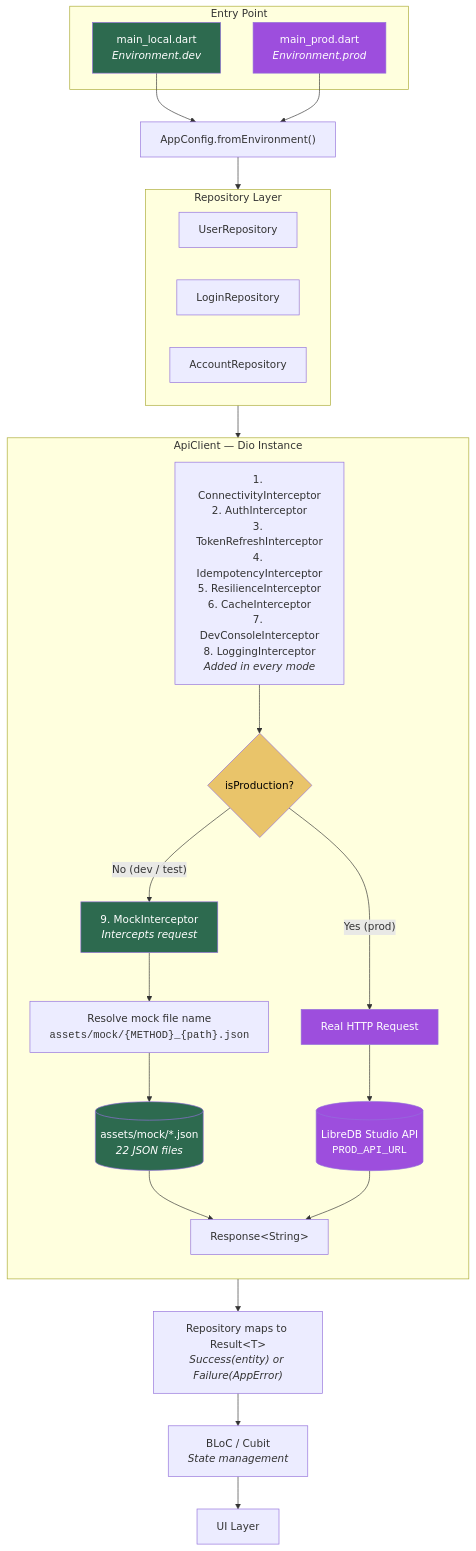
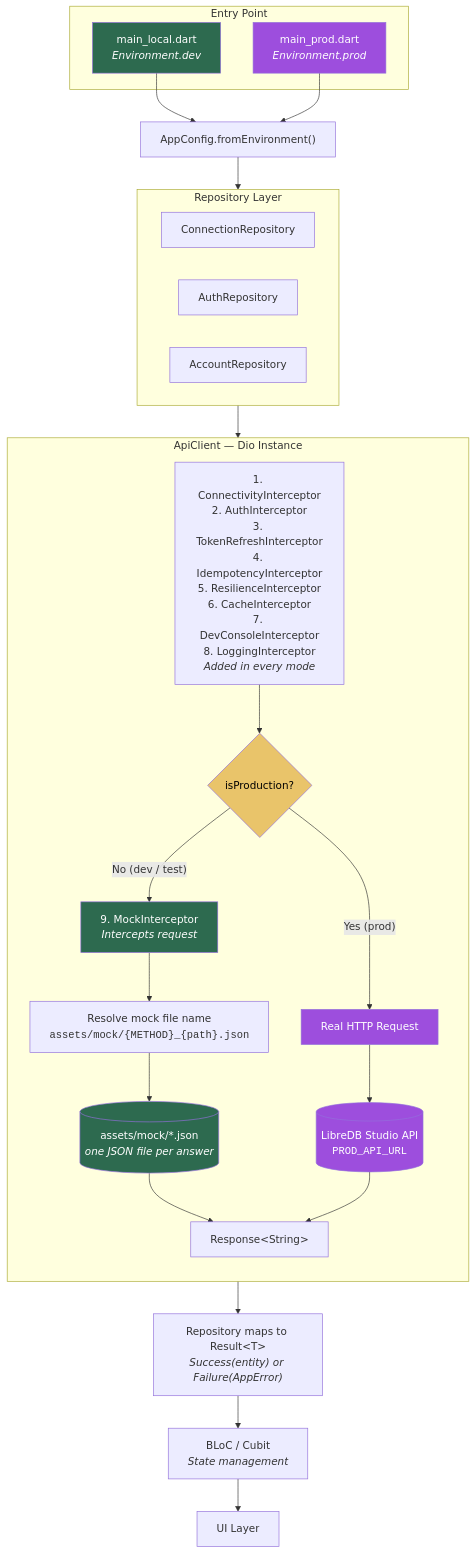
Before and after one commit to libredb/libredb-mobile: the first of 2 diagrams in docs/mock-architecture.md, drawn with Mermaid. The commit also changed other lines of this file and 14 other files, not shown here.

````diff
--- a/docs/mock-architecture.md
+++ b/docs/mock-architecture.md
@@ -19,65 +19,65 @@
 ```mermaid
 flowchart TB
     subgraph Entry["Entry Point"]
         LOCAL["main_local.dart<br/><i>Environment.dev</i>"]
         PROD["main_prod.dart<br/><i>Environment.prod</i>"]
     end
 
     LOCAL --> ENV
     PROD --> ENV
 
     ENV["AppConfig.fromEnvironment()"]
     ENV --> REPO
 
     subgraph REPO["Repository Layer"]
         direction LR
-        UR["UserRepository"]
-        AR["LoginRepository"]
+        CR["ConnectionRepository"]
+        AR["AuthRepository"]
         ACR["AccountRepository"]
     end
 
     REPO --> API
 
     subgraph API["ApiClient — Dio Instance"]
         direction TB
         CHAIN["1. ConnectivityInterceptor<br/>2. AuthInterceptor<br/>3. TokenRefreshInterceptor<br/>4. IdempotencyInterceptor<br/>5. ResilienceInterceptor<br/>6. CacheInterceptor<br/>7. DevConsoleInterceptor<br/>8. LoggingInterceptor<br/><i>Added in every mode</i>"]
         CHAIN --> DECISION
 
         DECISION{isProduction?}
 
         DECISION -- "No (dev / test)" --> MOCK_INT
         DECISION -- "Yes (prod)" --> NETWORK
 
         MOCK_INT["9. MockInterceptor<br/><i>Intercepts request</i>"]
         MOCK_INT --> RESOLVE
 
         RESOLVE["Resolve mock file name<br/><code>assets/mock/{METHOD}_{path}.json</code>"]
         RESOLVE --> ASSET
 
-        ASSET[("assets/mock/*.json<br/><i>22 JSON files</i>")]
+        ASSET[("assets/mock/*.json<br/><i>one JSON file per answer</i>")]
         ASSET --> RESPONSE
 
         NETWORK["Real HTTP Request"]
         NETWORK --> REAL_API
 
         REAL_API[("LibreDB Studio API<br/><code>PROD_API_URL</code>")]
         REAL_API --> RESPONSE
     end
 
     RESPONSE["Response&lt;String&gt;"]
     RESPONSE --> RESULT
 
     RESULT["Repository maps to Result&lt;T&gt;<br/><i>Success(entity) or Failure(AppError)</i>"]
     RESULT --> BLOC
 
     BLOC["BLoC / Cubit<br/><i>State management</i>"]
     BLOC --> UI["UI Layer"]
 
     style LOCAL fill:#2d6a4f,color:#fff
     style PROD fill:#9d4edd,color:#fff
     style MOCK_INT fill:#2d6a4f,color:#fff
     style ASSET fill:#2d6a4f,color:#fff
     style NETWORK fill:#9d4edd,color:#fff
     style REAL_API fill:#9d4edd,color:#fff
     style DECISION fill:#e9c46a,color:#000
 ```
````
